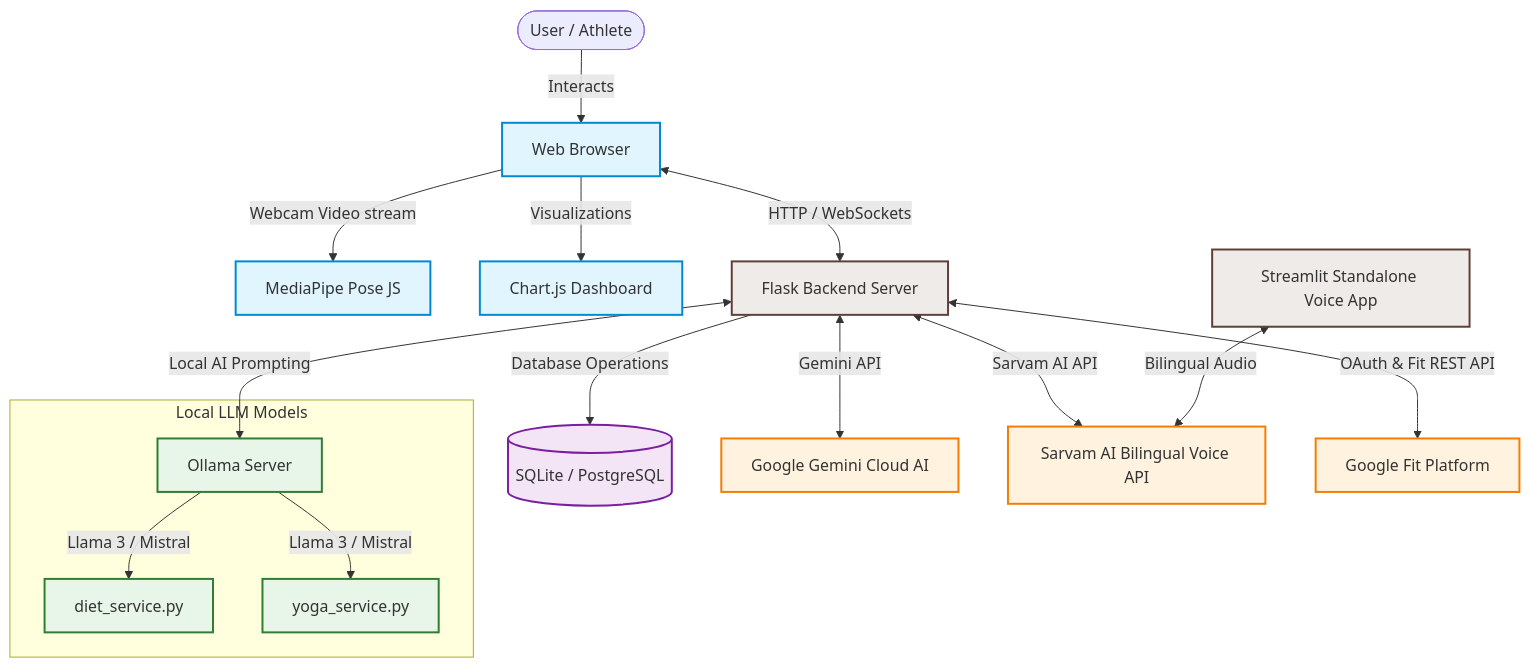
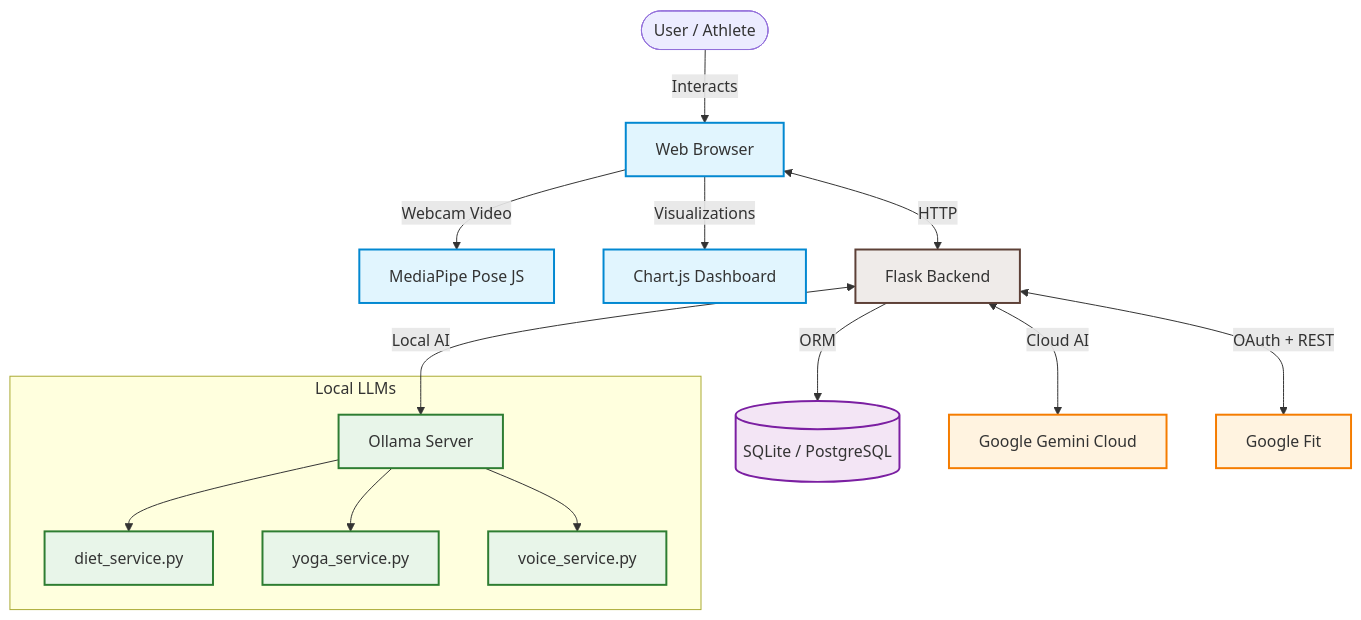
Before and after one commit to rishabhverma007/VISION-FIT-AI: the diagram in README.md, drawn with Mermaid. The commit also changed other lines of this file, not shown here.

````diff
--- a/README.md
+++ b/README.md
@@ -207,40 +221,31 @@
 ```mermaid
 graph TD
-    %% Styling
     classDef client fill:#e1f5fe,stroke:#0288d1,stroke-width:2px;
     classDef server fill:#efebe9,stroke:#5d4037,stroke-width:2px;
     classDef localAI fill:#e8f5e9,stroke:#2e7d32,stroke-width:2px;
     classDef cloud fill:#fff3e0,stroke:#f57c00,stroke-width:2px;
     classDef db fill:#f3e5f5,stroke:#7b1fa2,stroke-width:2px;
 
-    %% Client Layer
     User([User / Athlete]) -->|Interacts| Browser[Web Browser]
-    Browser -->|Webcam Video stream| MP[MediaPipe Pose JS]
+    Browser -->|Webcam Video| MP[MediaPipe Pose JS]
     Browser -->|Visualizations| ChartJS[Chart.js Dashboard]
 
-    %% Server Layer (Flask)
-    Browser <-->|HTTP / WebSockets| Flask[Flask Backend Server]
-    Flask -->|Database Operations| DB[(SQLite / PostgreSQL)]
-    
-    %% Local AI Layer (Ollama)
-    Flask <-->|Local AI Prompting| Ollama[Ollama Server]
-    subgraph Local LLM Models
-        Ollama -->|Llama 3 / Mistral| Diet[diet_service.py]
-        Ollama -->|Llama 3 / Mistral| Yoga[yoga_service.py]
+    Browser <-->|HTTP| Flask[Flask Backend]
+    Flask -->|ORM| DB[(SQLite / PostgreSQL)]
+
+    Flask <-->|Local AI| Ollama[Ollama Server]
+    subgraph Local LLMs
+        Ollama --> Diet[diet_service.py]
+        Ollama --> Yoga[yoga_service.py]
+        Ollama --> Voice[voice_service.py]
     end
 
-    %% Cloud Service Integrations
-    Flask <-->|Gemini API| Gemini[Google Gemini Cloud AI]
-    Flask <-->|Sarvam AI API| Sarvam[Sarvam AI Bilingual Voice API]
-    Flask <-->|OAuth & Fit REST API| GoogleFit[Google Fit Platform]
+    Flask <-->|Cloud AI| Gemini[Google Gemini Cloud]
+    Flask <-->|OAuth + REST| GoogleFit[Google Fit]
 
-    %% Standalone Voice Agent
-    Streamlit[Streamlit Standalone Voice App] <-->|Bilingual Audio| Sarvam
-
-    %% Apply Classes
     class Browser,MP,ChartJS client;
-    class Flask,Streamlit server;
-    class Ollama,Diet,Yoga localAI;
-    class Gemini,Sarvam,GoogleFit cloud;
+    class Flask server;
+    class Ollama,Diet,Yoga,Voice localAI;
+    class Gemini,GoogleFit cloud;
     class DB db;
 ```
````
